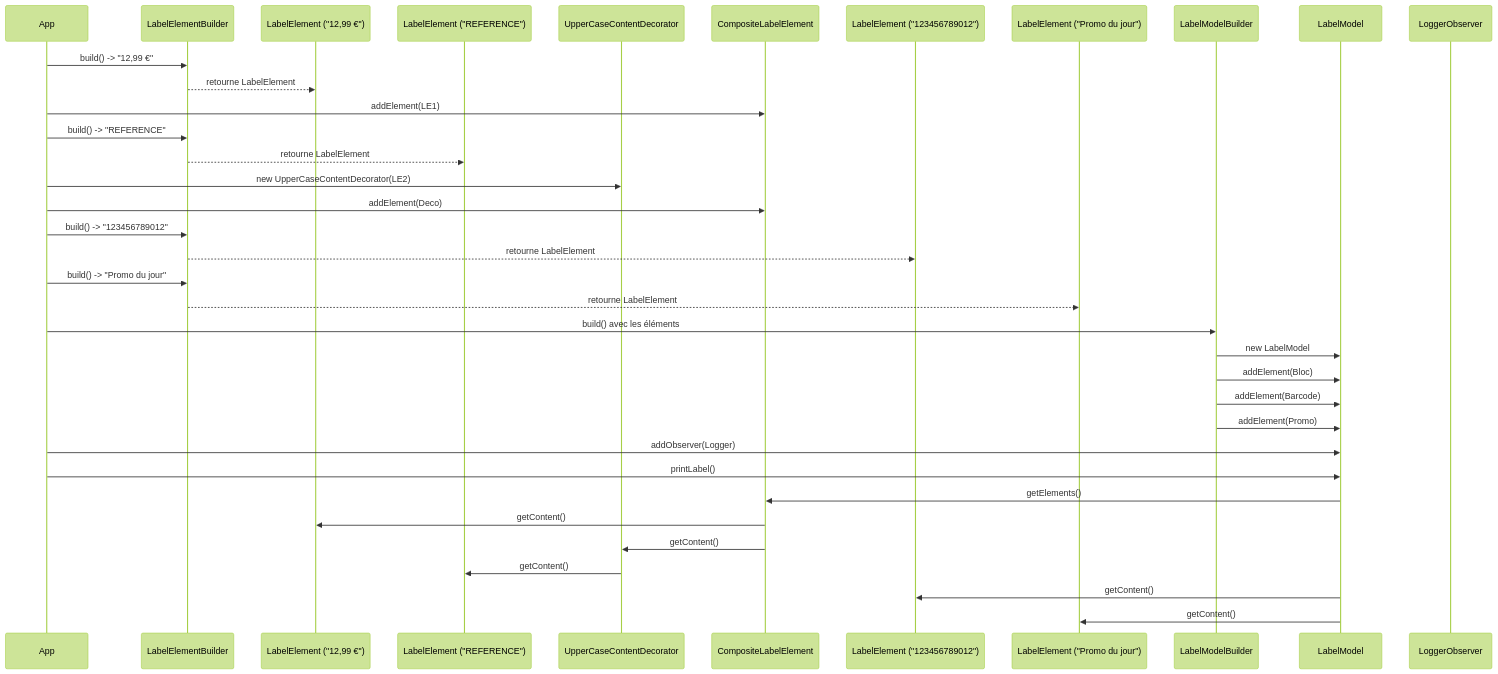
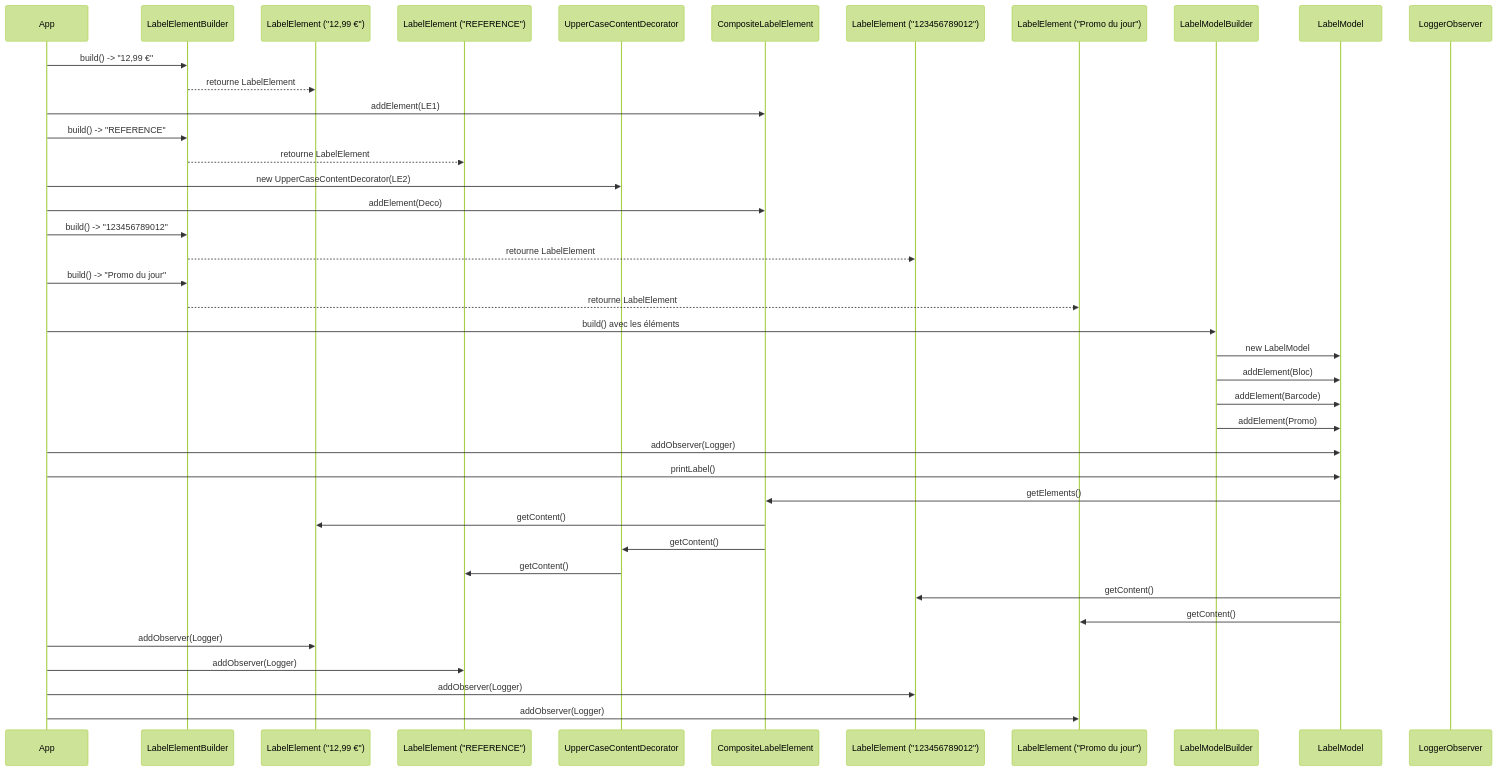
The second of 2 diagrams in README.md (Damien610/4ESGI_DP_LABELDESIGNER), drawn with Mermaid (forest theme) before and after one commit. The commit also changed other lines of this file, not shown here.

Commit message:
fix diagramme

````diff
--- a/README.md
+++ b/README.md
@@ -165,44 +172,50 @@
 ```mermaid
 sequenceDiagram
     participant App
     participant Builder as LabelElementBuilder
     participant LE1 as LabelElement ("12,99 €")
     participant LE2 as LabelElement ("REFERENCE")
     participant Deco as UpperCaseContentDecorator
     participant Bloc as CompositeLabelElement
     participant Barcode as LabelElement ("123456789012")
     participant Promo as LabelElement ("Promo du jour")
     participant ModelBuilder as LabelModelBuilder
     participant Model as LabelModel
     participant Logger as LoggerObserver
 
     App->>Builder: build() -> "12,99 €"
     Builder-->>LE1: retourne LabelElement
     App->>Bloc: addElement(LE1)
 
     App->>Builder: build() -> "REFERENCE"
     Builder-->>LE2: retourne LabelElement
     App->>Deco: new UpperCaseContentDecorator(LE2)
     App->>Bloc: addElement(Deco)
 
     App->>Builder: build() -> "123456789012"
     Builder-->>Barcode: retourne LabelElement
 
     App->>Builder: build() -> "Promo du jour"
     Builder-->>Promo: retourne LabelElement
 
     App->>ModelBuilder: build() avec les éléments
     ModelBuilder->>Model: new LabelModel
     ModelBuilder->>Model: addElement(Bloc)
     ModelBuilder->>Model: addElement(Barcode)
     ModelBuilder->>Model: addElement(Promo)
 
     App->>Model: addObserver(Logger)
     App->>Model: printLabel()
     Model->>Bloc: getElements()
     Bloc->>LE1: getContent()
     Bloc->>Deco: getContent()
     Deco->>LE2: getContent()
     Model->>Barcode: getContent()
     Model->>Promo: getContent()
+
+    App->>LE1: addObserver(Logger)
+    App->>LE2: addObserver(Logger)
+    App->>Barcode: addObserver(Logger)
+    App->>Promo: addObserver(Logger)
+
 ```
````
